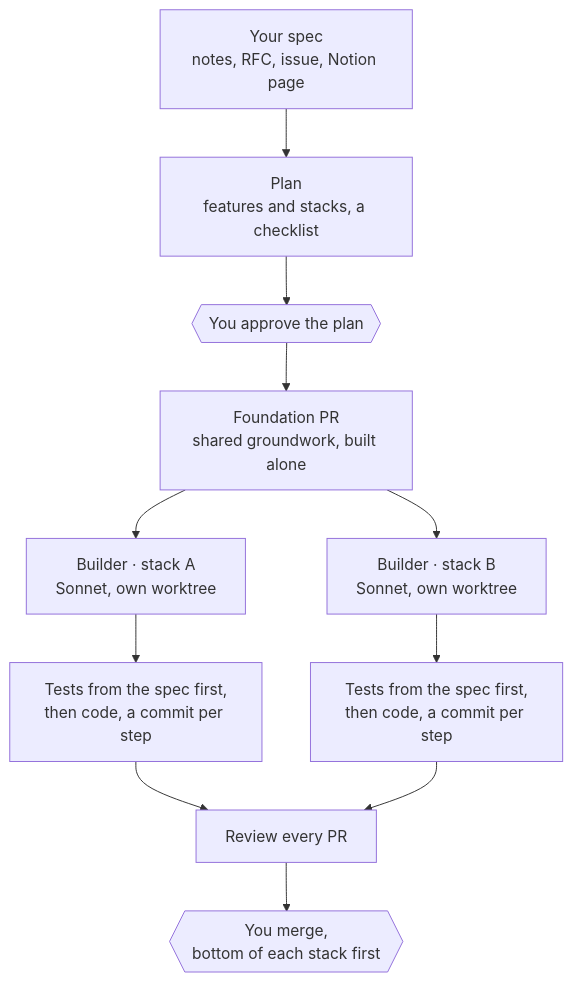
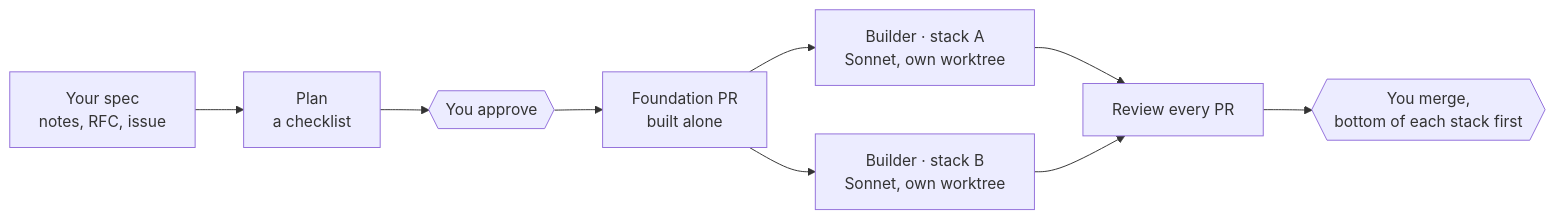
Before and after one commit to sebwilgosz/agent-executor: the first of 2 diagrams in README.md, drawn with Mermaid.

Commit message:
docs: compact the build diagram left-to-right
The top-down build flowchart rendered about 1260px tall, several phone
screens before the cost tables. Left-to-right with shorter labels keeps
the same steps; tests-first stays in the design rules below it.

````diff
--- a/README.md
+++ b/README.md
@@ -45,13 +45,11 @@
 ```mermaid
-flowchart TD
-    S["Your spec<br/>notes, RFC, issue, Notion page"] --> P["Plan<br/>features and stacks, a checklist"]
-    P --> A1{{"You approve the plan"}}
-    A1 --> F["Foundation PR<br/>shared groundwork, built alone"]
+flowchart LR
+    S["Your spec<br/>notes, RFC, issue"] --> P["Plan<br/>a checklist"]
+    P --> A1{{"You approve"}}
+    A1 --> F["Foundation PR<br/>built alone"]
     F --> B1["Builder · stack A<br/>Sonnet, own worktree"]
     F --> B2["Builder · stack B<br/>Sonnet, own worktree"]
-    B1 --> T1["Tests from the spec first,<br/>then code, a commit per step"]
-    B2 --> T2["Tests from the spec first,<br/>then code, a commit per step"]
-    T1 --> R["Review every PR"]
-    T2 --> R
+    B1 --> R["Review every PR"]
+    B2 --> R
     R --> M{{"You merge,<br/>bottom of each stack first"}}
 ```
````
